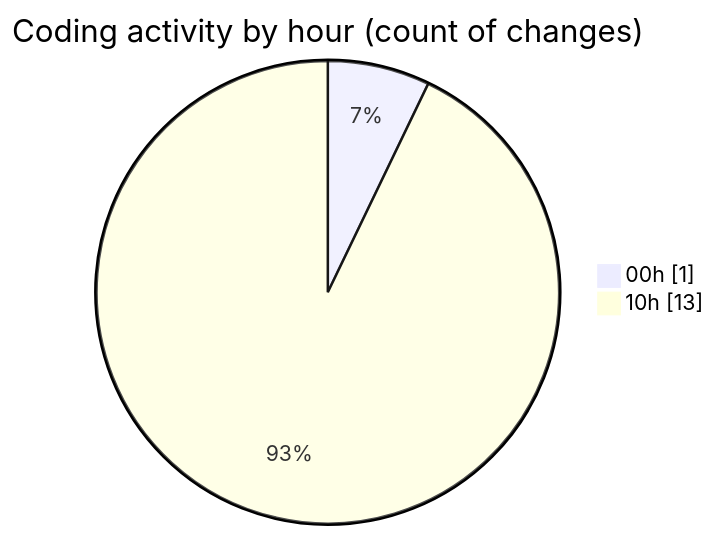
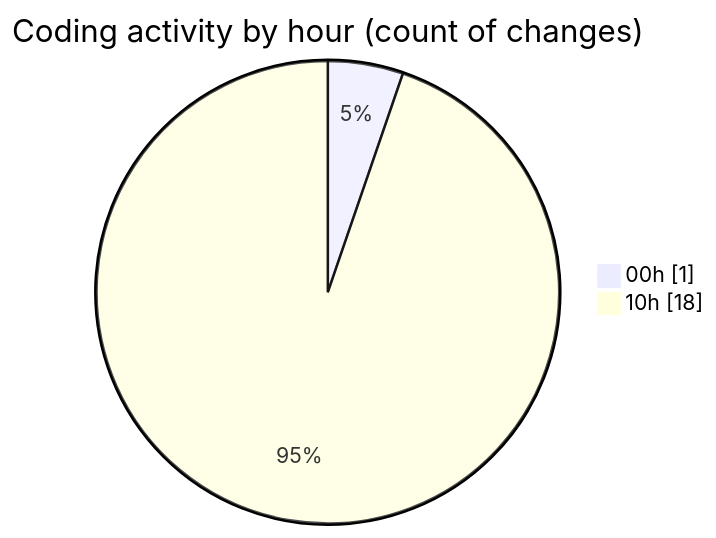
The second of 2 diagrams in 2025-07-08/urlwebwala_intership_work/README.md (Ritupan-Deka/code-tracking), drawn with Mermaid before and after one commit. The commit also changed other lines of this file and 1 other file, not shown here.

````diff
--- a/2025-07-08/urlwebwala_intership_work/README.md
+++ b/2025-07-08/urlwebwala_intership_work/README.md
@@ -30,6 +30,6 @@
 ```mermaid
 pie showData
 title Coding activity by hour (count of changes)
 "00h" : 1
-"10h" : 13
+"10h" : 18
 ```
````
